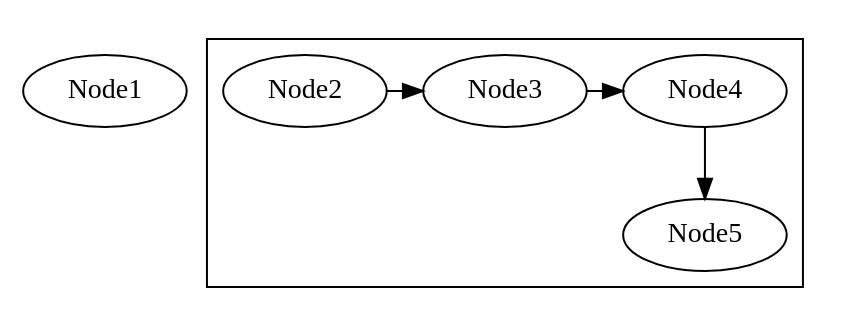
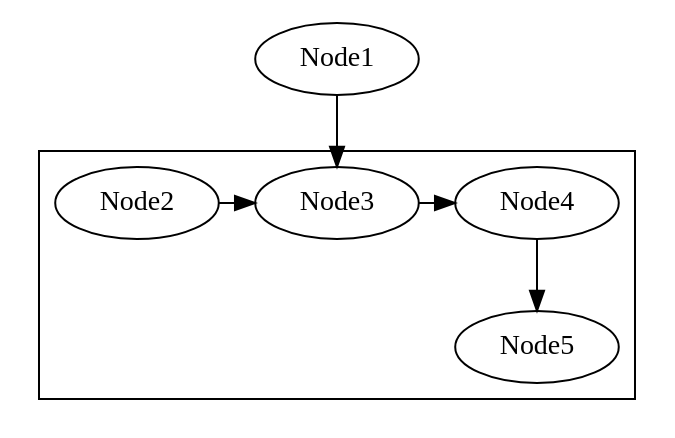
The fifth of 5 diagrams in other/graphviz.md (sisyphus1212/note), drawn with Graphviz before and after one commit.

Commit message:
auto_update

````diff
--- a/other/graphviz.md
+++ b/other/graphviz.md
@@ -61,12 +61,13 @@
 ```graphviz
 digraph {
     node[]"Node1";
     subgraph cluster_vertical_example{
     "Node2"-> "Node3";
     "Node3"-> "Node4";
 
     {rankdir=LR rank=same; "Node2"; "Node3"; "Node4";}
     "Node4"->"Node5"
     }
+    Node1 -> Node3
 }
 ```
````
